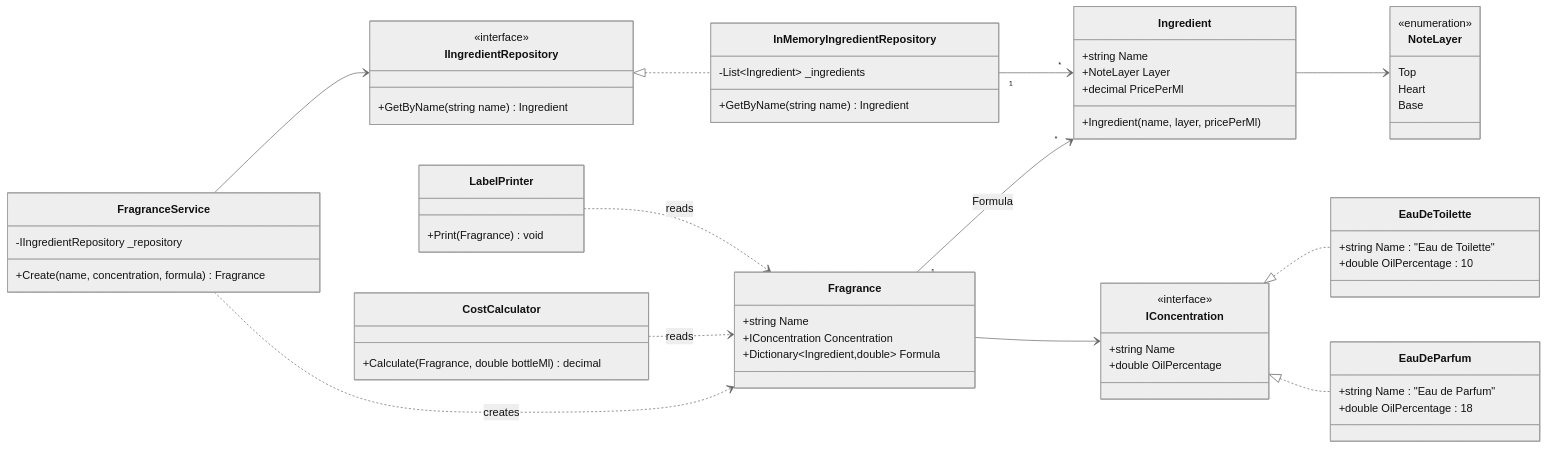
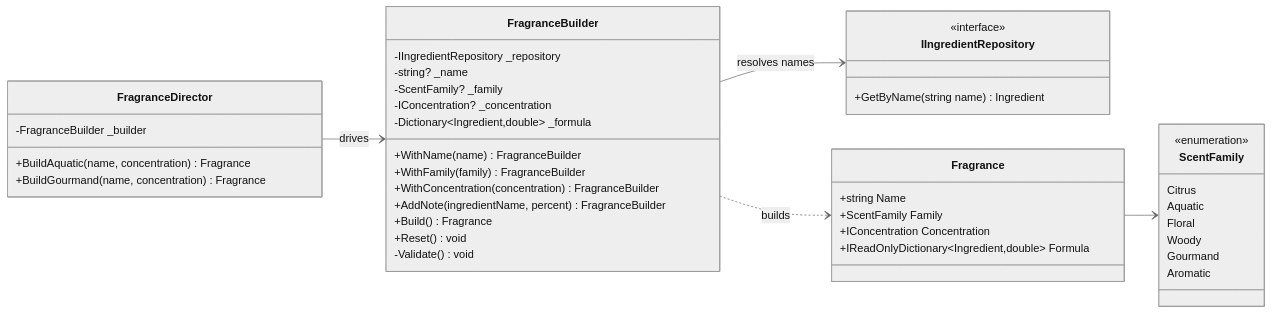
One commit to m0sji/TMPS_26 changed the second of 5 diagrams in REPORT.md. Above: the diagram before and after it, drawn with Mermaid (neutral theme). The commit also changed other lines of this file, not shown here.

````diff
--- a/REPORT.md
+++ b/REPORT.md
@@ -134,76 +180,52 @@
 ```mermaid
 classDiagram
     direction LR
 
-    class NoteLayer {
-        <<enumeration>>
-        Top
-        Heart
-        Base
+    class FragranceDirector {
+        -FragranceBuilder _builder
+        +BuildAquatic(name, concentration) Fragrance
+        +BuildGourmand(name, concentration) Fragrance
     }
 
-    class Ingredient {
-        +string Name
-        +NoteLayer Layer
-        +decimal PricePerMl
-        +Ingredient(name, layer, pricePerMl)
-    }
-
-    class IConcentration {
-        <<interface>>
-        +string Name
-        +double OilPercentage
-    }
-
-    class EauDeToilette {
-        +string Name : "Eau de Toilette"
-        +double OilPercentage : 10
-    }
-
-    class EauDeParfum {
-        +string Name : "Eau de Parfum"
-        +double OilPercentage : 18
-    }
-
-    class Fragrance {
-        +string Name
-        +IConcentration Concentration
-        +Dictionary~Ingredient,double~ Formula
+    class FragranceBuilder {
+        -IIngredientRepository _repository
+        -string? _name
+        -ScentFamily? _family
+        -IConcentration? _concentration
+        -Dictionary~Ingredient,double~ _formula
+        +WithName(name) FragranceBuilder
+        +WithFamily(family) FragranceBuilder
+        +WithConcentration(concentration) FragranceBuilder
+        +AddNote(ingredientName, percent) FragranceBuilder
+        +Build() Fragrance
+        +Reset() void
+        -Validate() void
     }
 
     class IIngredientRepository {
         <<interface>>
         +GetByName(string name) Ingredient
     }
 
-    class InMemoryIngredientRepository {
-        -List~Ingredient~ _ingredients
-        +GetByName(string name) Ingredient
+    class Fragrance {
+        +string Name
+        +ScentFamily Family
+        +IConcentration Concentration
+        +IReadOnlyDictionary~Ingredient,double~ Formula
     }
 
-    class FragranceService {
-        -IIngredientRepository _repository
-        +Create(name, concentration, formula) Fragrance
+    class ScentFamily {
+        <<enumeration>>
+        Citrus
+        Aquatic
+        Floral
+        Woody
+        Gourmand
+        Aromatic
     }
 
-    class CostCalculator {
-        +Calculate(Fragrance, double bottleMl) decimal
-    }
-
-    class LabelPrinter {
-        +Print(Fragrance) void
-    }
-
-    IConcentration <|.. EauDeToilette
-    IConcentration <|.. EauDeParfum
-    IIngredientRepository <|.. InMemoryIngredientRepository
-
-    Ingredient --> NoteLayer
-    Fragrance --> IConcentration
-    Fragrance "1" --> "*" Ingredient : Formula
-    InMemoryIngredientRepository "1" --> "*" Ingredient
-    FragranceService --> IIngredientRepository
-    FragranceService ..> Fragrance : creates
-    CostCalculator ..> Fragrance : reads
-    LabelPrinter ..> Fragrance : reads
+    FragranceDirector --> FragranceBuilder : drives
+    FragranceBuilder --> IIngredientRepository : resolves names
+    FragranceBuilder ..> Fragrance : builds
+    Fragrance --> ScentFamily
 ```
````
